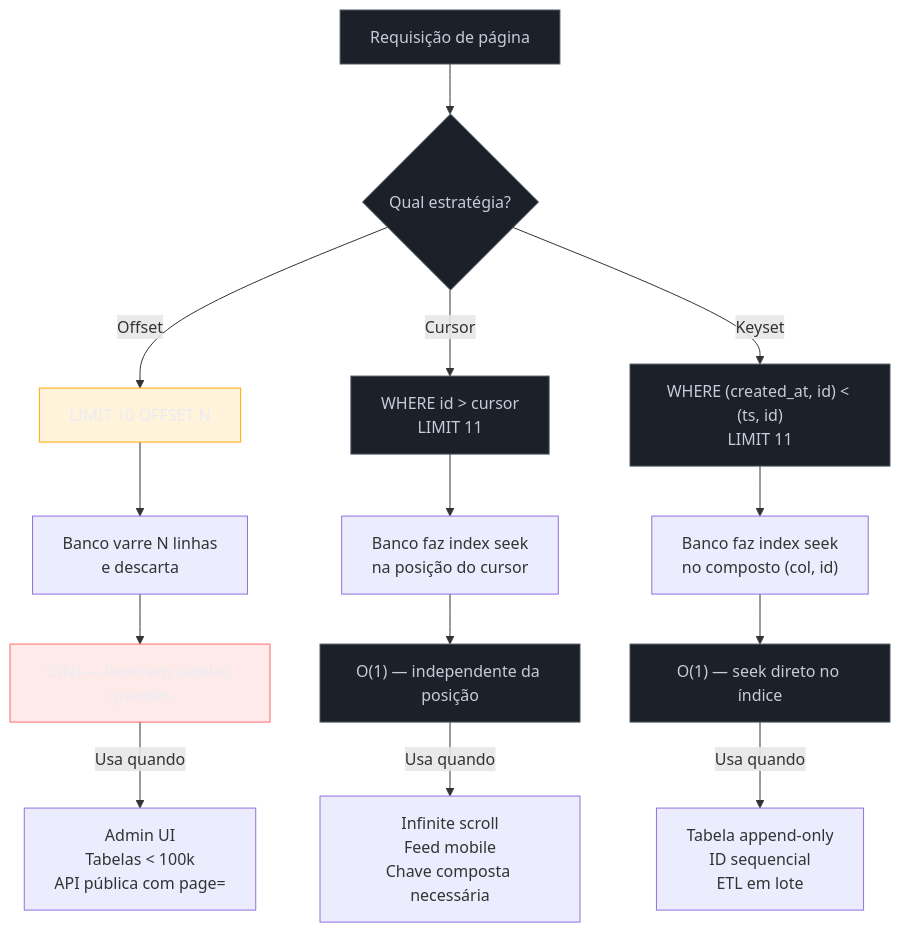
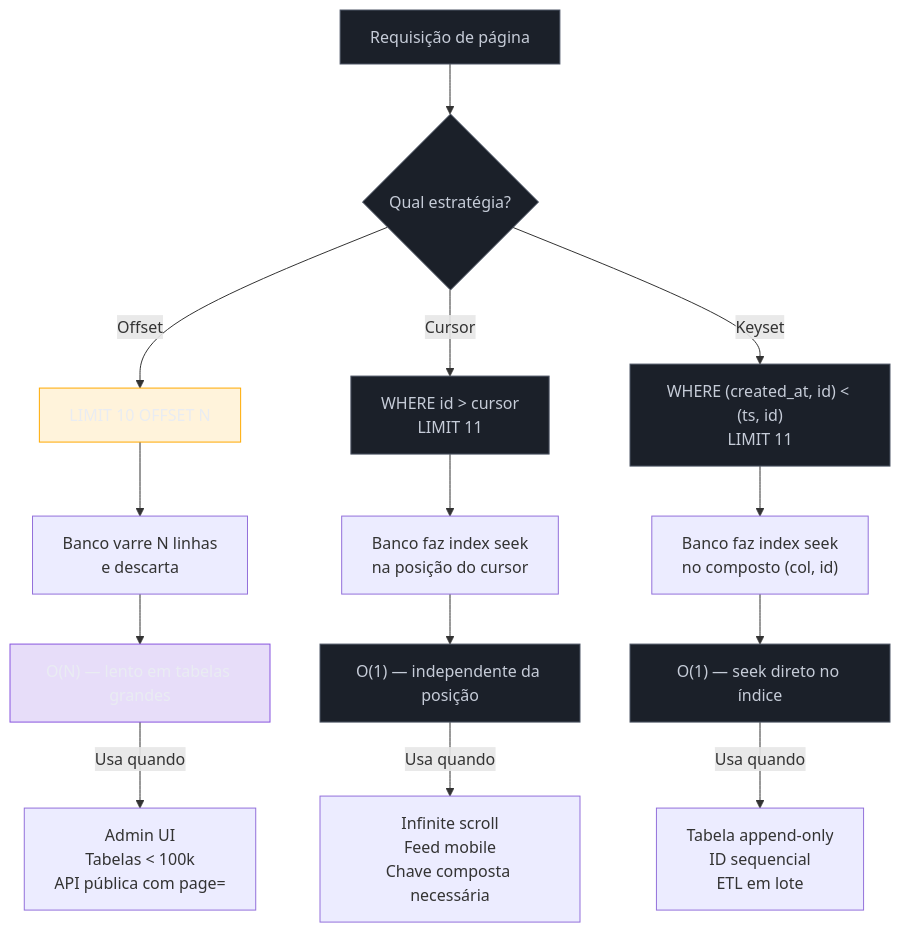
The diagram in 03-Dominios/Tecnologia/Node/ORMs e banco de dados/09 - Paginação - offset, cursor e keyset.md (josenaldo/codex-technomanticus), drawn with Mermaid before and after one commit. The commit also changed 601 other files, not shown here.

````diff
--- a/03-Dominios/Tecnologia/Node/ORMs e banco de dados/09 - Paginação - offset, cursor e keyset.md
+++ b/03-Dominios/Tecnologia/Node/ORMs e banco de dados/09 - Paginação - offset, cursor e keyset.md
@@ -26,32 +26,32 @@
 ```mermaid
 flowchart TD
+    classDef marca fill:#8855DF33,stroke:#8855DF,color:#E9ECF2
     classDef neutro fill:#1B2029,stroke:#4E5666,color:#C6CCD8
     classDef destaque fill:#FFAA0024,stroke:#FFAA00,color:#E9ECF2
-    classDef falha fill:#FF6B6B24,stroke:#FF6B6B,color:#E9ECF2
     REQ["Requisição de página"] --> Q{"Qual estratégia?"}
 
     Q -->|Offset| OFF["LIMIT 10 OFFSET N"]
     Q -->|Cursor| CUR["WHERE id > cursor\nLIMIT 11"]
     Q -->|Keyset| KEY["WHERE (created_at, id) < (ts, id)\nLIMIT 11"]
 
     OFF --> OFF_DB["Banco varre N linhas\ne descarta"]
     CUR --> CUR_DB["Banco faz index seek\nna posição do cursor"]
     KEY --> KEY_DB["Banco faz index seek\nno composto (col, id)"]
 
     OFF_DB --> OFF_PERF["O(N) — lento em tabelas grandes"]
     CUR_DB --> CUR_PERF["O(1) — independente da posição"]
     KEY_DB --> KEY_PERF["O(1) — seek direto no índice"]
 
     OFF_PERF -->|"Usa quando"| OFF_USE["Admin UI\nTabelas < 100k\nAPI pública com page="]
     CUR_PERF -->|"Usa quando"| CUR_USE["Infinite scroll\nFeed mobile\nChave composta necessária"]
     KEY_PERF -->|"Usa quando"| KEY_USE["Tabela append-only\nID sequencial\nETL em lote"]
 
     class REQ neutro
     class Q neutro
     class OFF destaque
     class CUR neutro
     class KEY neutro
-    class OFF_PERF falha
+    class OFF_PERF marca
     class CUR_PERF neutro
     class KEY_PERF neutro
 ```
````
